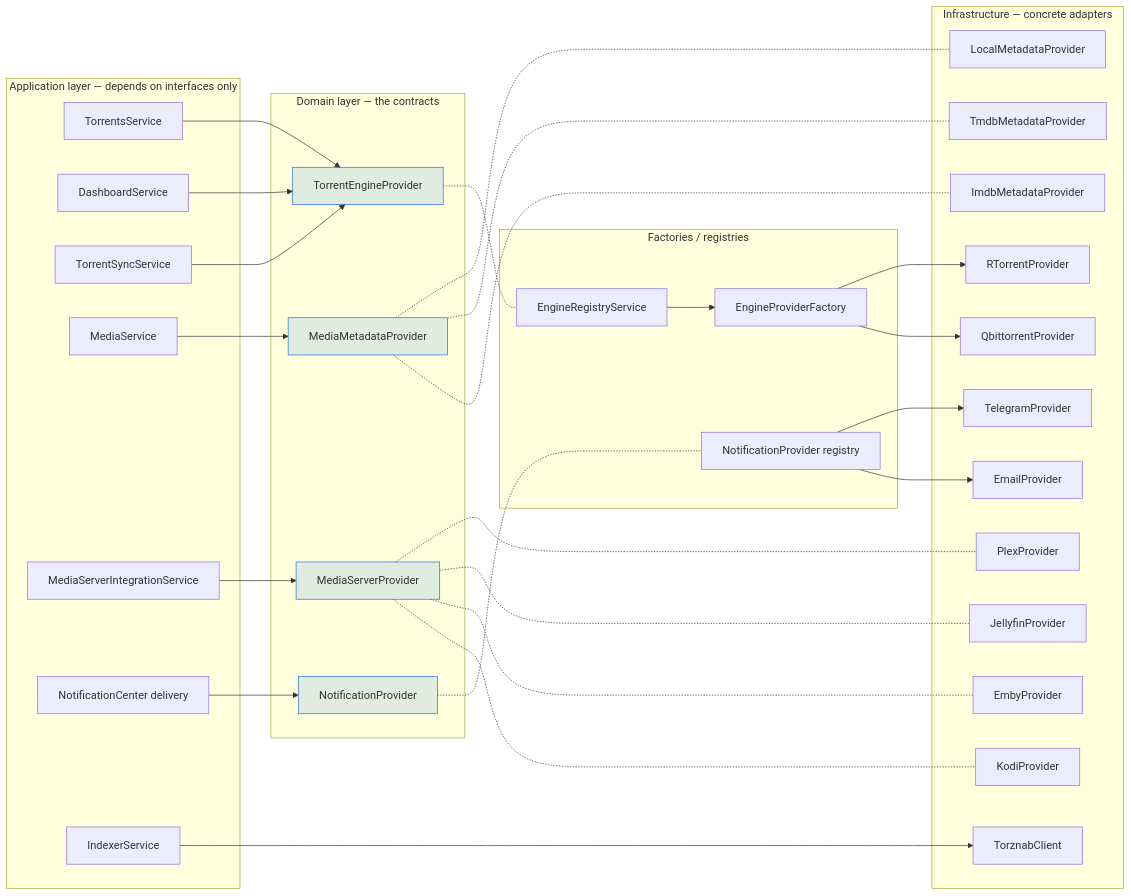
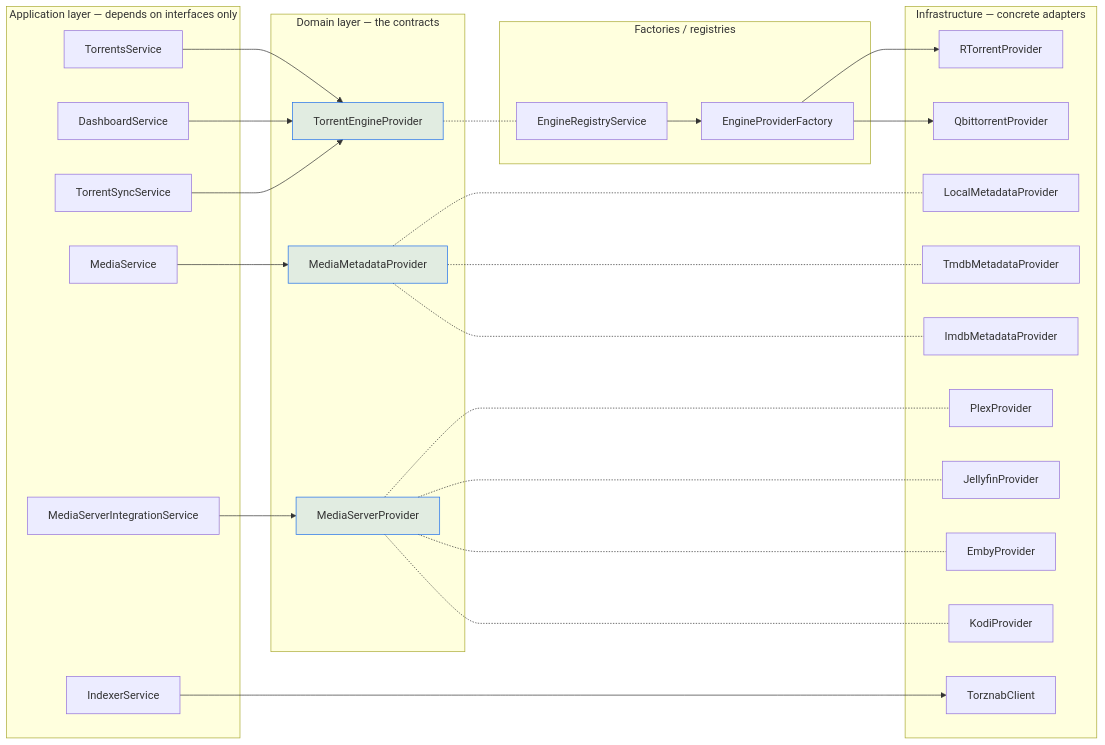
Before and after one commit to damirabal/ultratorrent-core: the first of 2 diagrams in website/docs/develop/providers.md, drawn with Mermaid. The commit also changed other lines of this file and 63 other files, not shown here.

````diff
--- a/website/docs/develop/providers.md
+++ b/website/docs/develop/providers.md
@@ -143,66 +118,57 @@
 ```mermaid
 flowchart LR
   subgraph App["Application layer — depends on interfaces only"]
     TS["TorrentsService"]
     DS["DashboardService"]
     SYNC["TorrentSyncService"]
     MS["MediaService"]
     MSI["MediaServerIntegrationService"]
-    NC["NotificationCenter delivery"]
     IX["IndexerService"]
   end
 
   subgraph Domain["Domain layer — the contracts"]
     IENG["TorrentEngineProvider"]
     IMETA["MediaMetadataProvider"]
     IMS["MediaServerProvider"]
-    INOTIF["NotificationProvider"]
   end
 
   subgraph Wiring["Factories / registries"]
     EF["EngineProviderFactory"]
     ER["EngineRegistryService"]
-    NR["NotificationProvider registry"]
   end
 
   subgraph Impl["Infrastructure — concrete adapters"]
     RT["RTorrentProvider"]
     QB["QbittorrentProvider"]
     LOCAL["LocalMetadataProvider"]
     TMDB["TmdbMetadataProvider"]
     IMDBP["ImdbMetadataProvider"]
     PLEX["PlexProvider"]
     JF["JellyfinProvider"]
     EMBY["EmbyProvider"]
     KODI["KodiProvider"]
-    TG["TelegramProvider"]
-    EM["EmailProvider"]
     TZ["TorznabClient"]
   end
 
   TS --> IENG
   DS --> IENG
   SYNC --> IENG
   MS --> IMETA
   MSI --> IMS
-  NC --> INOTIF
   IX --> TZ
 
   IENG -.- ER
   ER --> EF
   EF --> RT
   EF --> QB
   IMETA -.- LOCAL
   IMETA -.- TMDB
   IMETA -.- IMDBP
   IMS -.- PLEX
   IMS -.- JF
   IMS -.- EMBY
   IMS -.- KODI
-  INOTIF -.- NR
-  NR --> TG
-  NR --> EM
 
   classDef seam fill:#1f6feb22,stroke:#1f6feb;
-  class IENG,IMETA,IMS,INOTIF seam;
+  class IENG,IMETA,IMS seam;
 ```
````
